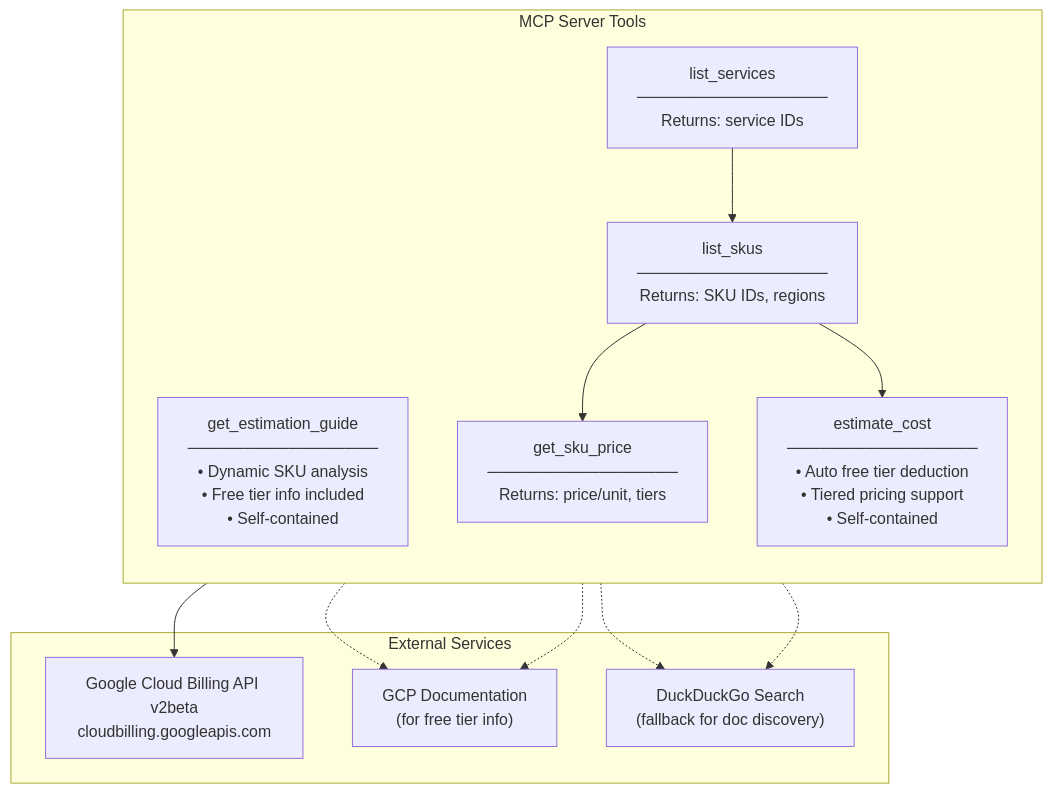
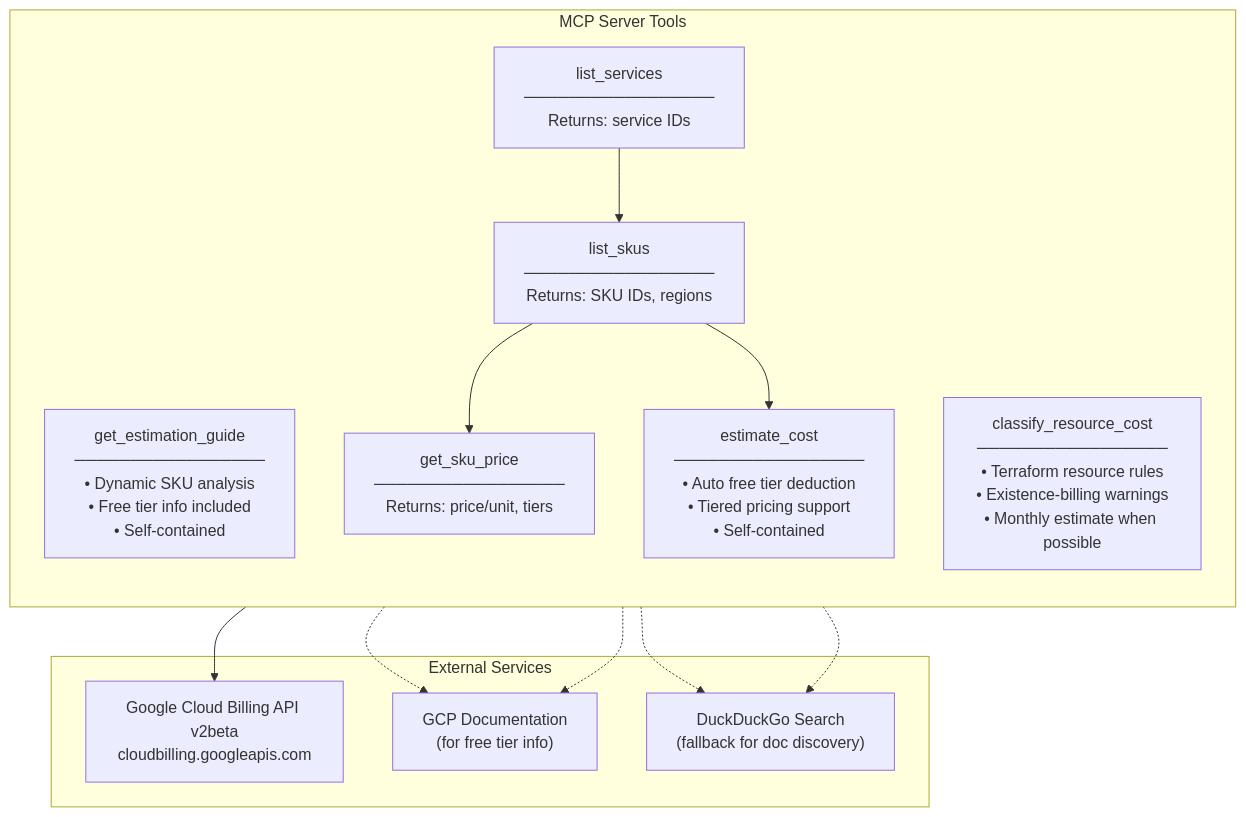
Before and after one commit to nozomi-koborinai/gcp-cost-mcp-server: the second of 3 diagrams in README.md, drawn with Mermaid. The commit also changed other lines of this file and 7 other files, not shown here.

Commit message:
feat: classify Terraform resource cost behavior

````diff
--- a/README.md
+++ b/README.md
@@ -381,29 +405,30 @@
 ```mermaid
 flowchart TB
     subgraph MCP["MCP Server Tools"]
         direction TB
 
         Guide["get_estimation_guide<br/>─────────────────<br/>• Dynamic SKU analysis<br/>• Free tier info included<br/>• Self-contained"]
+        Classify["classify_resource_cost<br/>─────────────────<br/>• Terraform resource rules<br/>• Existence-billing warnings<br/>• Monthly estimate when possible"]
 
         Services["list_services<br/>─────────────────<br/>Returns: service IDs"]
         SKUs["list_skus<br/>─────────────────<br/>Returns: SKU IDs, regions"]
         Price["get_sku_price<br/>─────────────────<br/>Returns: price/unit, tiers"]
         Cost["estimate_cost<br/>─────────────────<br/>• Auto free tier deduction<br/>• Tiered pricing support<br/>• Self-contained"]
 
         Services --> SKUs
         SKUs --> Price
         SKUs --> Cost
     end
 
     subgraph External["External Services"]
         Billing["Google Cloud Billing API v2beta<br/>cloudbilling.googleapis.com"]
         Docs["GCP Documentation<br/>(for free tier info)"]
         DDG["DuckDuckGo Search<br/>(fallback for doc discovery)"]
     end
 
     MCP --> Billing
     Guide -.-> Docs
     Guide -.-> DDG
     Cost -.-> Docs
     Cost -.-> DDG
 ```
````
